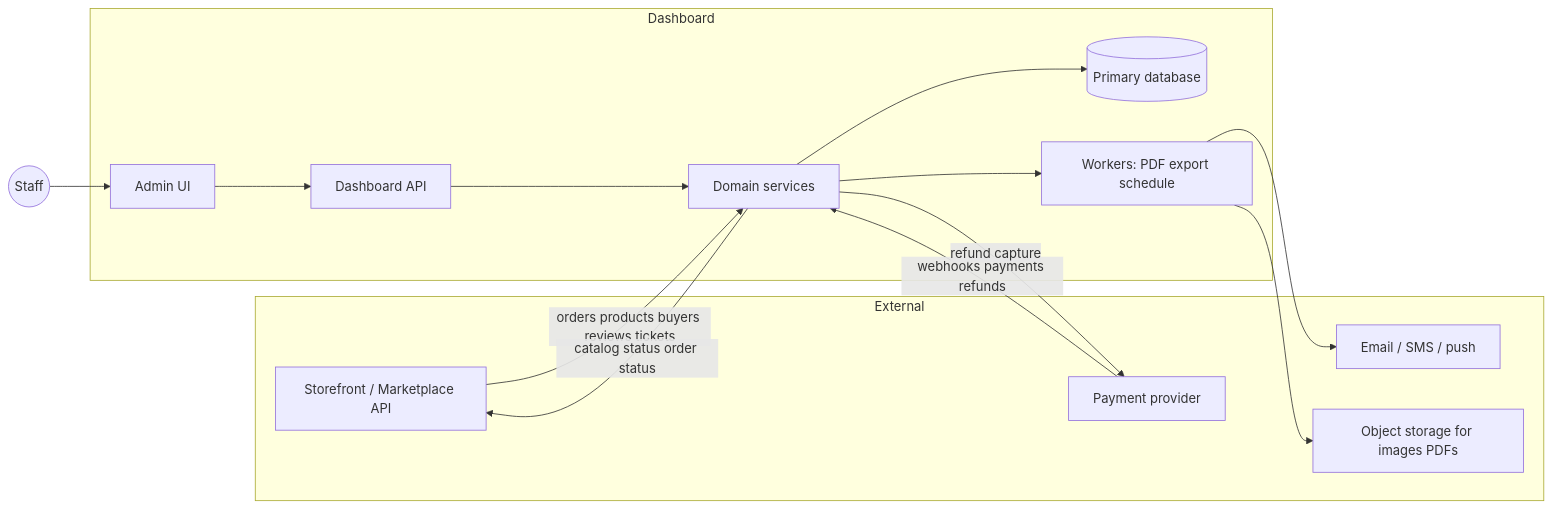
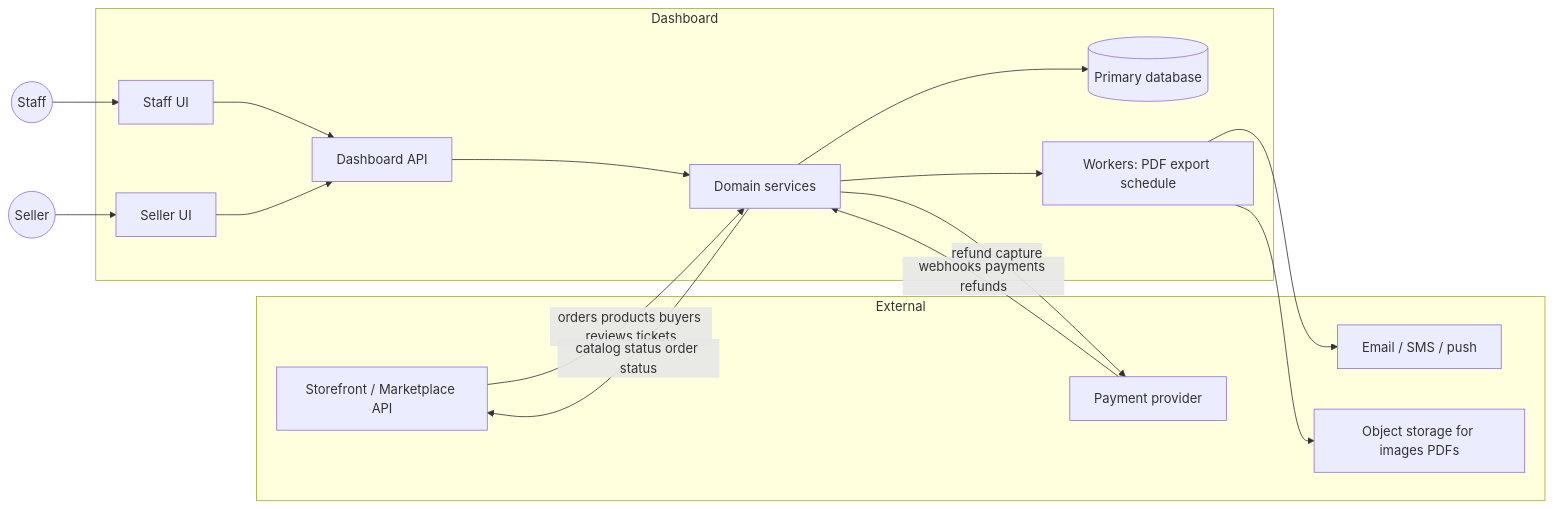
The first of 16 diagrams in data-flow.md (nafasebra/order-manager-docs), drawn with Mermaid before and after one commit. The commit also changed other lines of this file and 6 other files, not shown here.

````diff
--- a/data-flow.md
+++ b/data-flow.md
@@ -11,30 +11,33 @@
 ```mermaid
 flowchart LR
   subgraph External
     SF[Storefront / Marketplace API]
     PG[Payment provider]
     ESP[Email / SMS / push]
     OBJ[Object storage for images PDFs]
   end
 
   subgraph Dashboard
-    UI[Admin UI]
+    SUI[Staff UI]
+    VUI[Seller UI]
     API[Dashboard API]
     DOM[Domain services]
     DB[(Primary database)]
     JOBS[Workers: PDF export schedule]
   end
 
-  Staff((Staff)) --> UI
-  UI --> API
+  Staff((Staff)) --> SUI
+  Seller((Seller)) --> VUI
+  SUI --> API
+  VUI --> API
   API --> DOM
   DOM --> DB
   DOM --> JOBS
   JOBS --> OBJ
   JOBS --> ESP
 
   SF -->|orders products buyers reviews tickets| DOM
   PG -->|webhooks payments refunds| DOM
   DOM -->|catalog status order status| SF
   DOM -->|refund capture| PG
 ```
````
